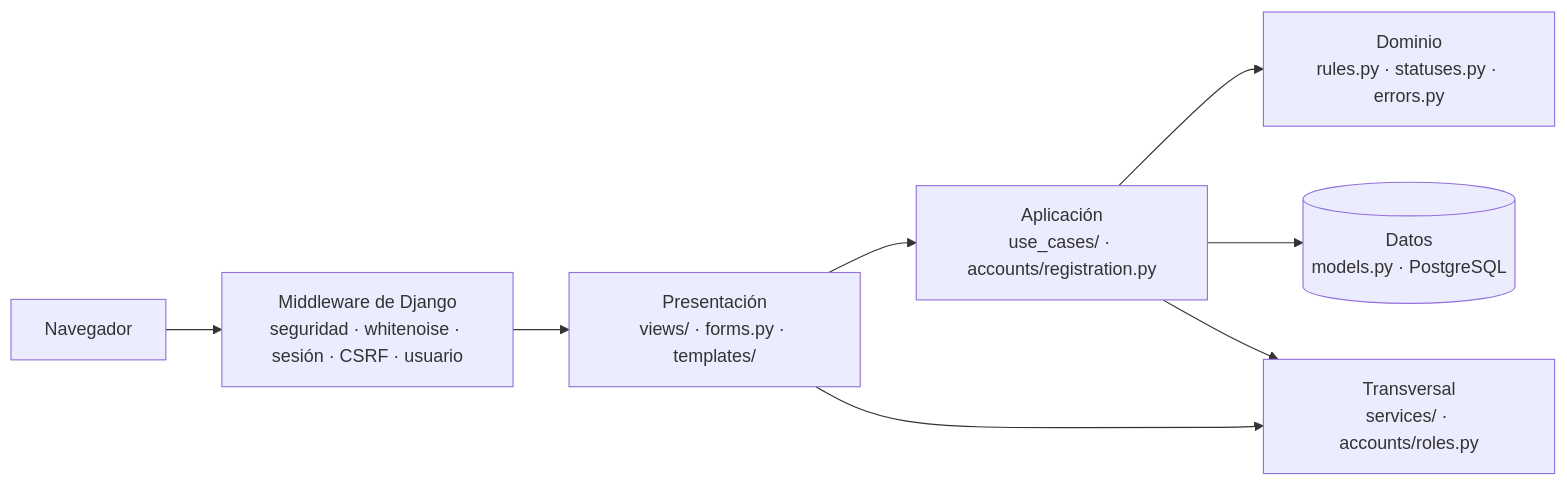
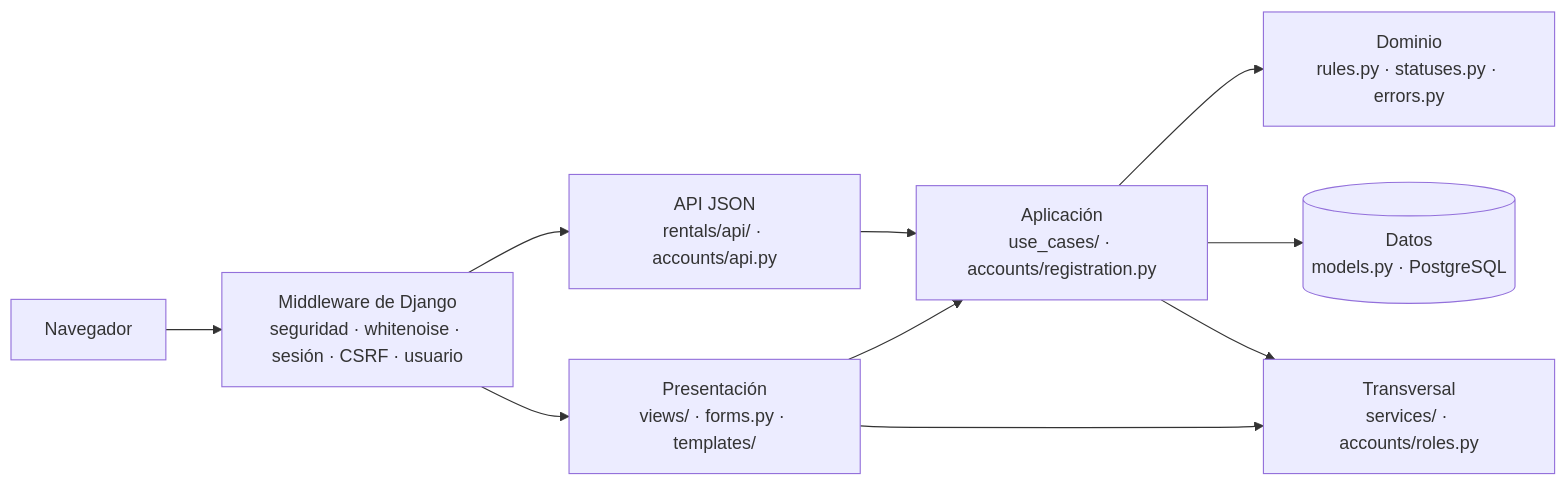
Before and after one commit to peterteranb/astra-rent-system: the first of 3 diagrams in docs/arquitectura.md, drawn with Mermaid. The commit also changed other lines of this file and 6 other files, not shown here.

````diff
--- a/docs/arquitectura.md
+++ b/docs/arquitectura.md
@@ -8,10 +8,12 @@
 ```mermaid
 flowchart LR
     N[Navegador] --> M[Middleware de Django<br/>seguridad · whitenoise · sesión · CSRF · usuario]
     M --> P[Presentación<br/>views/ · forms.py · templates/]
+    M --> J[API JSON<br/>rentals/api/ · accounts/api.py]
+    J --> A
     P --> A[Aplicación<br/>use_cases/ · accounts/registration.py]
     A --> D[Dominio<br/>rules.py · statuses.py · errors.py]
     A --> BD[(Datos<br/>models.py · PostgreSQL)]
     A --> T[Transversal<br/>services/ · accounts/roles.py]
     P --> T
 ```
````
